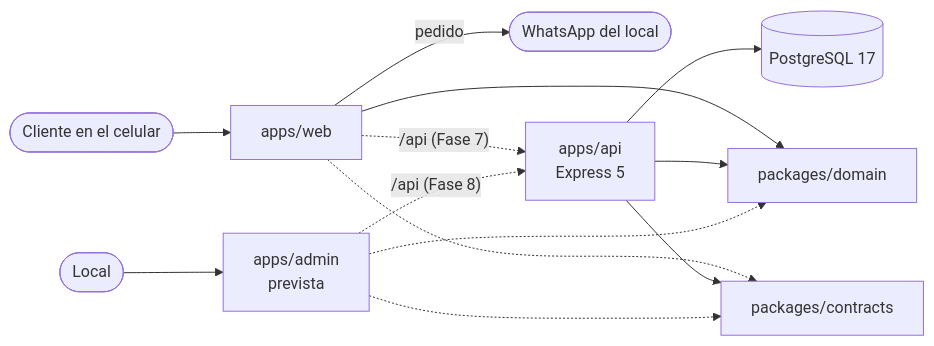
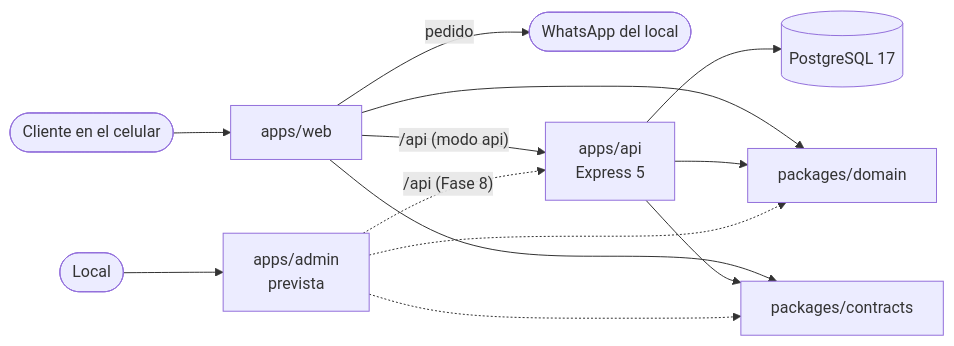
The diagram in docs/ARCHITECTURE.md (nachoLuarca/rapida-y-sabrosa-web), drawn with Mermaid before and after one commit. The commit also changed other lines of this file and 2 other files, not shown here.

Commit message:
docs: explica el modo api de la web, el pedido de punta a punta y las decisiones de la Fase 7

````diff
--- a/docs/ARCHITECTURE.md
+++ b/docs/ARCHITECTURE.md
@@ -11,15 +11,15 @@
 ```mermaid
 flowchart LR
   cliente([Cliente en el celular]) --> web[apps/web]
   local([Local]) --> admin[apps/admin<br/>prevista]
   web -- pedido --> wa([WhatsApp del local])
-  web -. "/api (Fase 7)" .-> api[apps/api<br/>Express 5]
+  web -- "/api (modo api)" --> api[apps/api<br/>Express 5]
   admin -. "/api (Fase 8)" .-> api
   api --> db[(PostgreSQL 17)]
   web --> domain[packages/domain]
   api --> domain
   admin -.-> domain
-  web -.-> contracts[packages/contracts]
+  web --> contracts[packages/contracts]
   api --> contracts
   admin -.-> contracts
 ```
````
